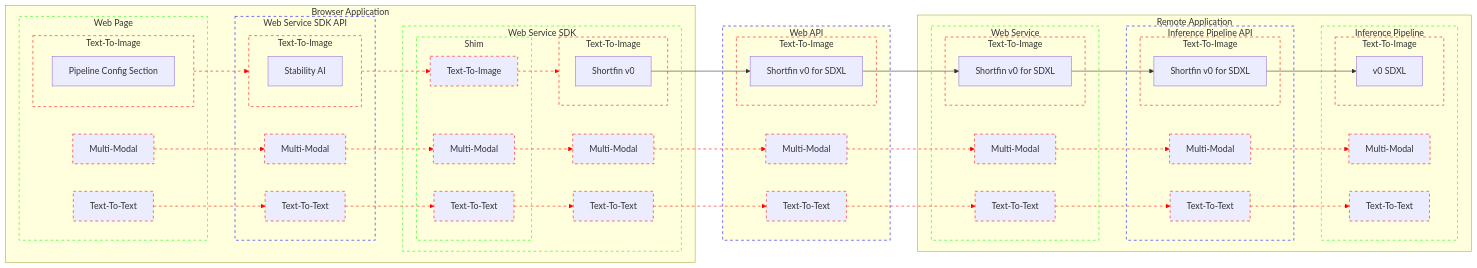
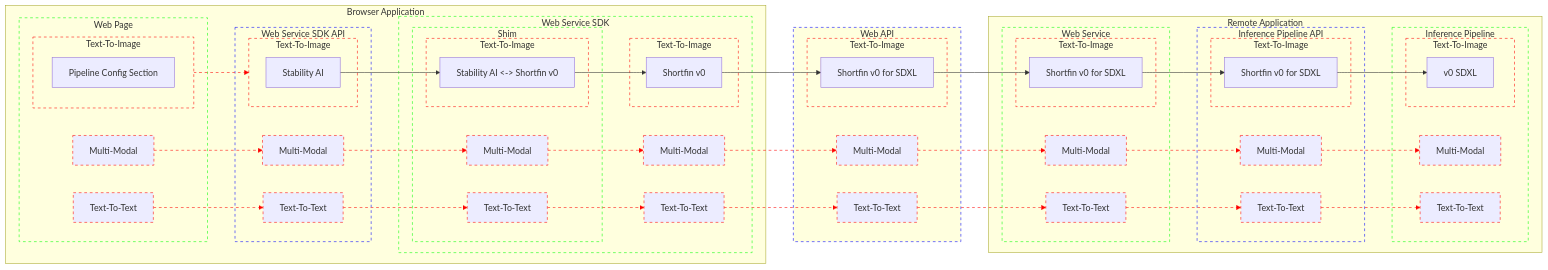
Before and after one commit to bjacobgordon/shark-ui: the diagram in docs/webAPI/architecture.mmd, drawn with Mermaid.

Commit message:
step(SDXL): bridges stack via web service SDK shim

```diff
--- a/docs/webAPI/architecture.mmd
+++ b/docs/webAPI/architecture.mmd
@@ -1,192 +1,192 @@
 flowchart LR
   classDef Contract          stroke: #00F, stroke-dasharray: 5
   classDef ApplicationModule stroke: #0F0, stroke-dasharray: 5
   classDef InferenceModality stroke: #F00, stroke-dasharray: 5
 
   subgraph BrowserApplication[Browser Application]
     subgraph BrowserApplication_WebPage[Web Page]
       subgraph BrowserApplication_WebPage_TextToImage[Text-To-Image]
         BrowserApplication_WebPage_TextToImage_PipelineConfigSection[Pipeline Config Section]
       end
       class BrowserApplication_WebPage_TextToImage InferenceModality
 
       BrowserApplication_WebPage_MultiModal[Multi-Modal]
       class BrowserApplication_WebPage_MultiModal InferenceModality
 
       BrowserApplication_WebPage_TextToText[Text-To-Text]
       class BrowserApplication_WebPage_TextToText InferenceModality
     end
     class BrowserApplication_WebPage ApplicationModule
 
 
     BrowserApplication_WebPage_TextToImage BrowserApplication_WebPage__TextToImage__BrowserApplication_WebServiceSDK_API@--> BrowserApplication_WebServiceSDK_API_TextToImage
     class BrowserApplication_WebPage_TextToImage InferenceModality
     class BrowserApplication_WebPage__TextToImage__BrowserApplication_WebServiceSDK_API InferenceModality
 
     BrowserApplication_WebPage_MultiModal BrowserApplication_WebPage__MultiModal__BrowserApplication_WebServiceSDK_API@--> BrowserApplication_WebServiceSDK_API_MultiModal
     class BrowserApplication_WebPage__MultiModal__BrowserApplication_WebServiceSDK_API InferenceModality
 
     BrowserApplication_WebPage_TextToText BrowserApplication_WebPage__TextToText__BrowserApplication_WebServiceSDK_API@--> BrowserApplication_WebServiceSDK_API_TextToText
     class BrowserApplication_WebPage__TextToText__BrowserApplication_WebServiceSDK_API InferenceModality
 
 
     subgraph BrowserApplication_WebServiceSDK_API[Web Service SDK API]
       subgraph BrowserApplication_WebServiceSDK_API_TextToImage[Text-To-Image]
         BrowserApplication_WebServiceSDK_API_TextToImage_StabilityAI[Stability AI]
       end
       class BrowserApplication_WebServiceSDK_API_TextToImage InferenceModality
 
       BrowserApplication_WebServiceSDK_API_MultiModal[Multi-Modal]
       class BrowserApplication_WebServiceSDK_API_MultiModal InferenceModality
 
       BrowserApplication_WebServiceSDK_API_TextToText[Text-To-Text]
       class BrowserApplication_WebServiceSDK_API_TextToText InferenceModality
     end
     class BrowserApplication_WebServiceSDK_API Contract
 
 
-    BrowserApplication_WebServiceSDK_API_TextToImage BrowserApplication_WebServiceSDK_API__TextToImage__BrowserApplication_WebServiceSDK_Shim@--> BrowserApplication_WebServiceSDK_Shim_TextToImage
-    class BrowserApplication_WebServiceSDK_API__TextToImage__BrowserApplication_WebServiceSDK_Shim InferenceModality
+    BrowserApplication_WebServiceSDK_API_TextToImage_StabilityAI --> BrowserApplication_WebServiceSDK_Shim_TextToImage_StabilityAIToShortfinV0
 
     BrowserApplication_WebServiceSDK_API_MultiModal BrowserApplication_WebServiceSDK_API__MultiModal__BrowserApplication_WebServiceSDK_Shim@--> BrowserApplication_WebServiceSDK_Shim_MultiModal
     class BrowserApplication_WebServiceSDK_API__MultiModal__BrowserApplication_WebServiceSDK_Shim InferenceModality
 
     BrowserApplication_WebServiceSDK_API_TextToText BrowserApplication_WebServiceSDK_API__TextToText__BrowserApplication_WebServiceSDK_Shim@--> BrowserApplication_WebServiceSDK_Shim_TextToText
     class BrowserApplication_WebServiceSDK_API__TextToText__BrowserApplication_WebServiceSDK_Shim InferenceModality
 
 
     subgraph BrowserApplication_WebServiceSDK[Web Service SDK]
       subgraph BrowserApplication_WebServiceSDK_Shim[Shim]
-        BrowserApplication_WebServiceSDK_Shim_TextToImage[Text-To-Image]
+        subgraph BrowserApplication_WebServiceSDK_Shim_TextToImage[Text-To-Image]
+          BrowserApplication_WebServiceSDK_Shim_TextToImage_StabilityAIToShortfinV0[Stability AI <-> Shortfin v0]
+        end
         class BrowserApplication_WebServiceSDK_Shim_TextToImage InferenceModality
 
         BrowserApplication_WebServiceSDK_Shim_MultiModal[Multi-Modal]
         class BrowserApplication_WebServiceSDK_Shim_MultiModal InferenceModality
 
         BrowserApplication_WebServiceSDK_Shim_TextToText[Text-To-Text]
         class BrowserApplication_WebServiceSDK_Shim_TextToText InferenceModality
       end
       class BrowserApplication_WebServiceSDK_Shim ApplicationModule
 
 
-      BrowserApplication_WebServiceSDK_Shim_TextToImage BrowserApplication_WebServiceSDK_Shim__TextToImage__BrowserApplication_WebServiceSDK@--> BrowserApplication_WebServiceSDK_TextToImage
-      class BrowserApplication_WebServiceSDK_Shim__TextToImage__BrowserApplication_WebServiceSDK InferenceModality
+      BrowserApplication_WebServiceSDK_Shim_TextToImage_StabilityAIToShortfinV0 --> BrowserApplication_WebServiceSDK_TextToImage_Shortfin_v0
 
       BrowserApplication_WebServiceSDK_Shim_MultiModal BrowserApplication_WebServiceSDK_Shim__MultiModal__BrowserApplication_WebServiceSDK@--> BrowserApplication_WebServiceSDK_MultiModal
       class BrowserApplication_WebServiceSDK_Shim__MultiModal__BrowserApplication_WebServiceSDK InferenceModality
 
       BrowserApplication_WebServiceSDK_Shim_TextToText BrowserApplication_WebServiceSDK_Shim__TextToText__BrowserApplication_WebServiceSDK@--> BrowserApplication_WebServiceSDK_TextToText
       class BrowserApplication_WebServiceSDK_Shim__TextToText__BrowserApplication_WebServiceSDK InferenceModality
 
 
       subgraph BrowserApplication_WebServiceSDK_TextToImage[Text-To-Image]
         BrowserApplication_WebServiceSDK_TextToImage_Shortfin_v0[Shortfin v0]
       end
       class BrowserApplication_WebServiceSDK_TextToImage InferenceModality
 
       BrowserApplication_WebServiceSDK_MultiModal[Multi-Modal]
       class BrowserApplication_WebServiceSDK_MultiModal InferenceModality
 
       BrowserApplication_WebServiceSDK_TextToText[Text-To-Text]
       class BrowserApplication_WebServiceSDK_TextToText InferenceModality
     end
     class BrowserApplication_WebServiceSDK ApplicationModule
   end
 
 
   BrowserApplication_WebServiceSDK_TextToImage_Shortfin_v0 --> WebAPI_TextToImage_Shortfin_v0_SDXL
 
   BrowserApplication_WebServiceSDK_MultiModal BrowserApplication_WebServiceSDK__MultiModal__WebAPI@--> WebAPI_MultiModal
   class BrowserApplication_WebServiceSDK__MultiModal__WebAPI InferenceModality
 
   BrowserApplication_WebServiceSDK_TextToText BrowserApplication_WebServiceSDK__TextToText__WebAPI@--> WebAPI_TextToText
   class BrowserApplication_WebServiceSDK__TextToText__WebAPI InferenceModality
 
 
   subgraph WebAPI[Web API]
     subgraph WebAPI_TextToImage[Text-To-Image]
       WebAPI_TextToImage_Shortfin_v0_SDXL[Shortfin v0 for SDXL]
     end
     class WebAPI_TextToImage InferenceModality
 
     WebAPI_MultiModal[Multi-Modal]
     class WebAPI_MultiModal InferenceModality
 
     WebAPI_TextToText[Text-To-Text]
     class WebAPI_TextToText InferenceModality
   end
   class WebAPI Contract
 
 
   WebAPI_TextToImage_Shortfin_v0_SDXL --> RemoteApplication_WebService_TextToImage_Shortfin_v0_SDXL
 
   WebAPI_MultiModal WebAPI__MultiModal__RemoteApplication_WebService@--> RemoteApplication_WebService_MultiModal
   class WebAPI__MultiModal__RemoteApplication_WebService InferenceModality
 
   WebAPI_TextToText WebAPI__TextToText__RemoteApplication_WebService@--> RemoteApplication_WebService_TextToText
   class WebAPI__TextToText__RemoteApplication_WebService InferenceModality
 
 
   subgraph RemoteApplication[Remote Application]
     subgraph RemoteApplication_WebService[Web Service]
       subgraph RemoteApplication_WebService_TextToImage[Text-To-Image]
         RemoteApplication_WebService_TextToImage_Shortfin_v0_SDXL[Shortfin v0 for SDXL]
       end
       class RemoteApplication_WebService_TextToImage InferenceModality
 
       RemoteApplication_WebService_MultiModal[Multi-Modal]
       class RemoteApplication_WebService_MultiModal InferenceModality
 
       RemoteApplication_WebService_TextToText[Text-To-Text]
       class RemoteApplication_WebService_TextToText InferenceModality
     end
     class RemoteApplication_WebService ApplicationModule
 
 
     RemoteApplication_WebService_TextToImage_Shortfin_v0_SDXL --> RemoteApplication_InferencePipeline_API_TextToImage_Shortfin_v0_SDXL
 
     RemoteApplication_WebService_MultiModal RemoteApplication_WebService__MultiModal__RemoteApplication_InferencePipeline_API@--> RemoteApplication_InferencePipeline_API_MultiModal
     class RemoteApplication_WebService__MultiModal__RemoteApplication_InferencePipeline_API InferenceModality
 
     RemoteApplication_WebService_TextToText RemoteApplication_WebService__TextToText__RemoteApplication_InferencePipeline_API@--> RemoteApplication_InferencePipeline_API_TextToText
     class RemoteApplication_WebService__TextToText__RemoteApplication_InferencePipeline_API InferenceModality
 
 
     subgraph RemoteApplication_InferencePipeline_API[Inference Pipeline API]
       subgraph RemoteApplication_InferencePipeline_API_TextToImage[Text-To-Image]
         RemoteApplication_InferencePipeline_API_TextToImage_Shortfin_v0_SDXL[Shortfin v0 for SDXL]
       end
       class RemoteApplication_InferencePipeline_API_TextToImage InferenceModality
 
       RemoteApplication_InferencePipeline_API_MultiModal[Multi-Modal]
       class RemoteApplication_InferencePipeline_API_MultiModal InferenceModality
 
       RemoteApplication_InferencePipeline_API_TextToText[Text-To-Text]
       class RemoteApplication_InferencePipeline_API_TextToText InferenceModality
     end
     class RemoteApplication_InferencePipeline_API Contract
 
 
     RemoteApplication_InferencePipeline_API_TextToImage_Shortfin_v0_SDXL --> RemoteApplication_InferencePipeline_TextToImage_SDXL
 
     RemoteApplication_InferencePipeline_API_MultiModal RemoteApplication_InferencePipeline_API__MultiModal__RemoteApplication_InferencePipeline@--> RemoteApplication_InferencePipeline_MultiModal
     class RemoteApplication_InferencePipeline_API__MultiModal__RemoteApplication_InferencePipeline InferenceModality
 
     RemoteApplication_InferencePipeline_API_TextToText RemoteApplication_InferencePipeline_API__TextToText__RemoteApplication_InferencePipeline@--> RemoteApplication_InferencePipeline_TextToText
     class RemoteApplication_InferencePipeline_API__TextToText__RemoteApplication_InferencePipeline InferenceModality
 
 
     subgraph RemoteApplication_InferencePipeline[Inference Pipeline]
       subgraph RemoteApplication_InferencePipeline_TextToImage[Text-To-Image]
         RemoteApplication_InferencePipeline_TextToImage_SDXL[v0 SDXL]
       end
       class RemoteApplication_InferencePipeline_TextToImage InferenceModality
 
       RemoteApplication_InferencePipeline_MultiModal[Multi-Modal]
       class RemoteApplication_InferencePipeline_MultiModal InferenceModality
 
       RemoteApplication_InferencePipeline_TextToText[Text-To-Text]
       class RemoteApplication_InferencePipeline_TextToText InferenceModality
     end
     class RemoteApplication_InferencePipeline ApplicationModule
   end
```
